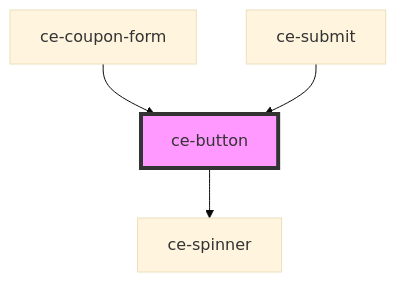
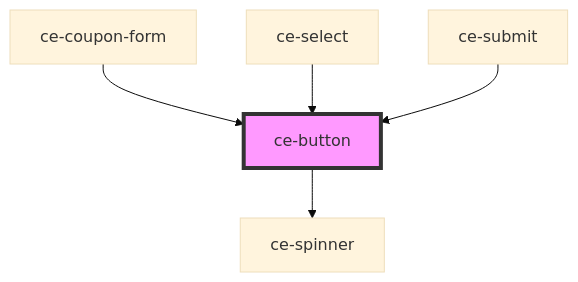
The diagram in packages/components/src/components/ui/button/readme.md (surecart/surecart-wp-plugin), drawn with Mermaid (base theme) before and after one commit. The commit also changed other lines of this file and 65 other files, not shown here.

````diff
--- a/packages/components/src/components/ui/button/readme.md
+++ b/packages/components/src/components/ui/button/readme.md
@@ -58,7 +59,8 @@
 ```mermaid
 graph TD;
   ce-button --> ce-spinner
   ce-coupon-form --> ce-button
+  ce-select --> ce-button
   ce-submit --> ce-button
   style ce-button fill:#f9f,stroke:#333,stroke-width:4px
 ```
````
